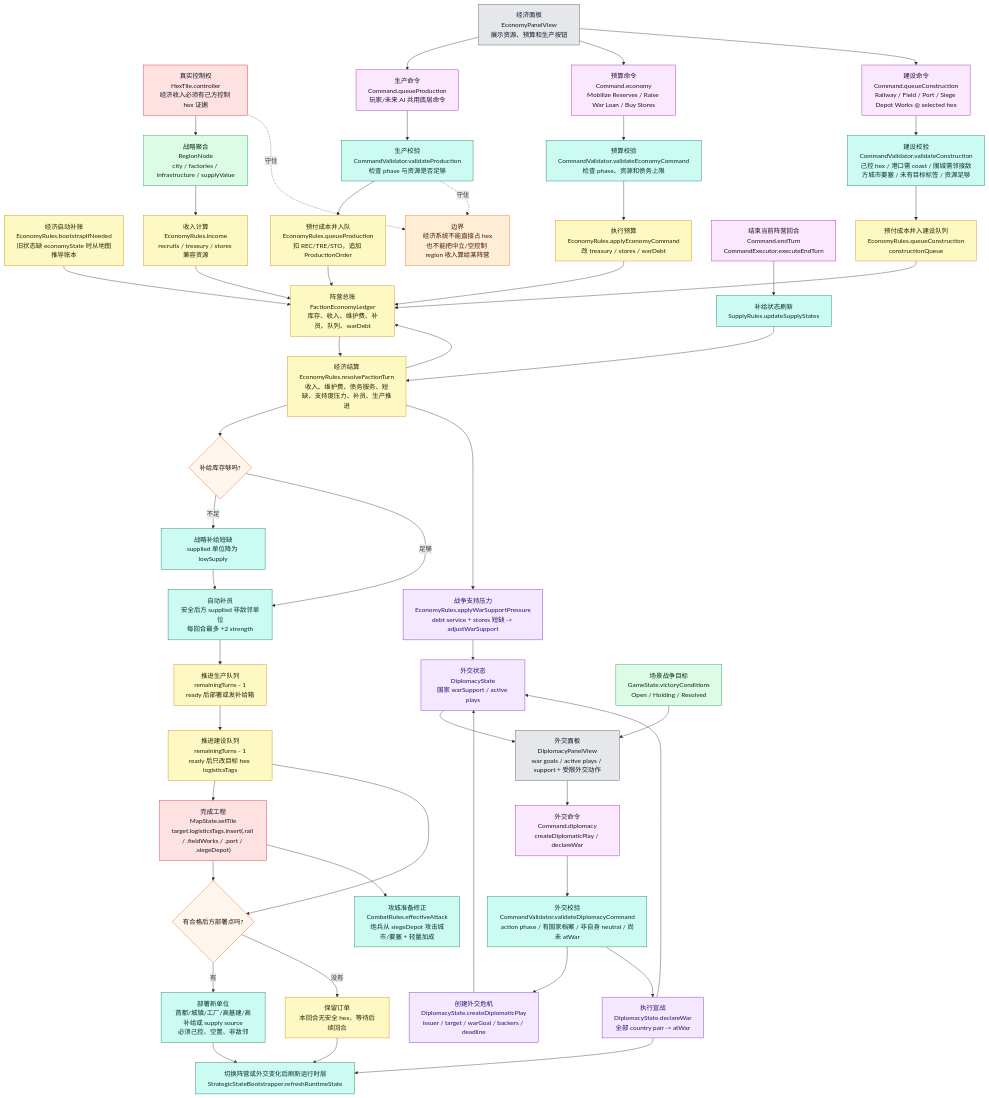
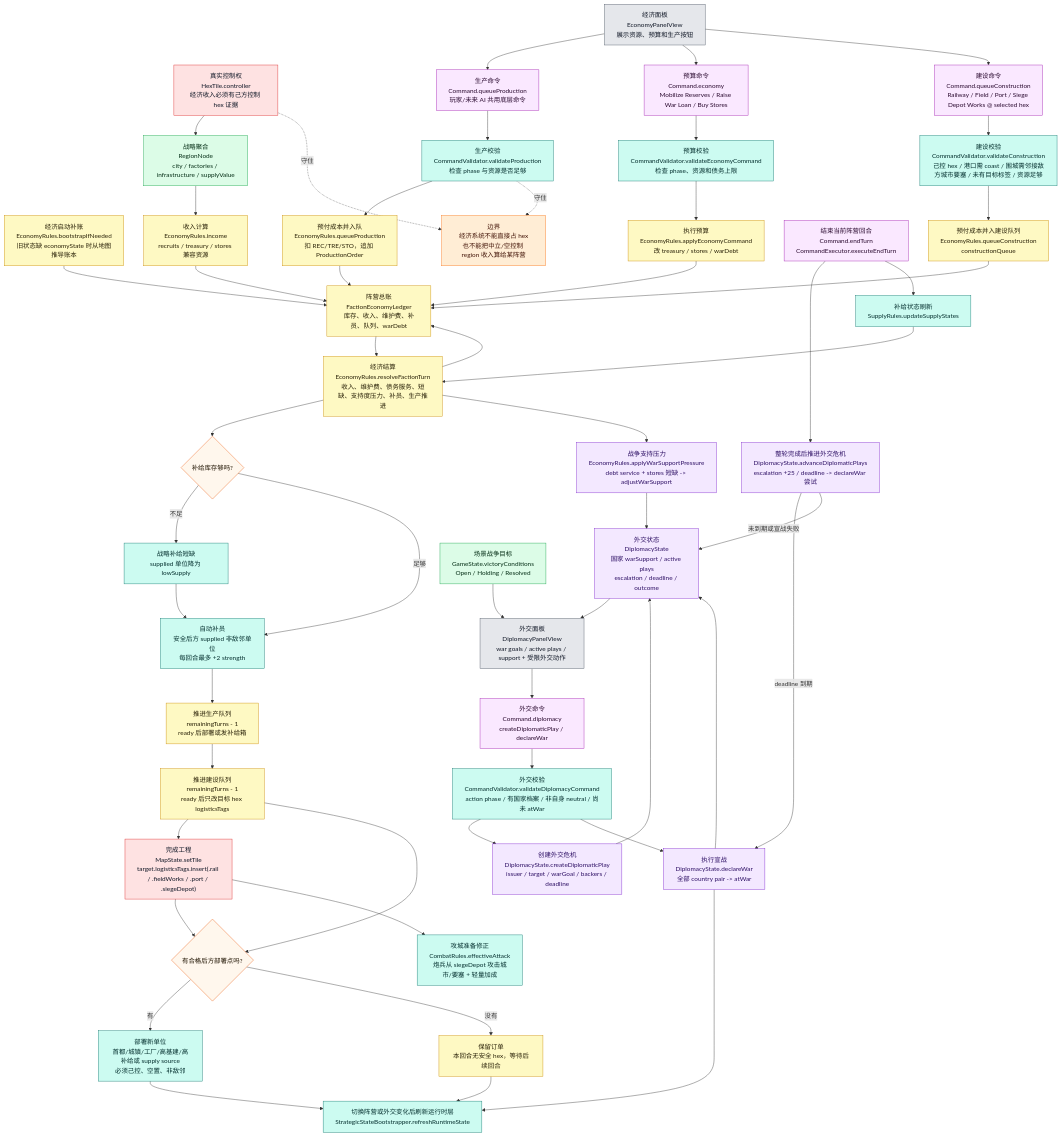
One commit to Altman-sam114/126 changed the fourth of 9 diagrams in md/flow/flowchart.md. Above: the diagram before and after it, drawn with Mermaid. The commit also changed other lines of this file and 5 other files, not shown here.

Commit message:
feat(diplomacy): advance diplomatic plays

```diff
--- a/md/flow/flowchart.md
+++ b/md/flow/flowchart.md
@@ -222,10 +222,11 @@
     BUILD["建设命令<br/>Command.queueConstruction<br/>Railway / Field / Port / Siege Depot Works @ selected hex"]:::command
     BLDVALID["建设校验<br/>CommandValidator.validateConstruction<br/>己控 hex / 港口需 coast / 围城需邻接敌方城市要塞 / 未有目标标签 / 资源足够"]:::rules
     BLDQUEUE["预付成本并入建设队列<br/>EconomyRules.queueConstruction<br/>constructionQueue"]:::economy
-    DIP["外交状态<br/>DiplomacyState<br/>国家 warSupport / active plays"]:::diplomacy
+    DIP["外交状态<br/>DiplomacyState<br/>国家 warSupport / active plays<br/>escalation / deadline / outcome"]:::diplomacy
     DIPCMD["外交命令<br/>Command.diplomacy<br/>createDiplomaticPlay / declareWar"]:::command
     DIPVALID["外交校验<br/>CommandValidator.validateDiplomacyCommand<br/>action phase / 有国家档案 / 非自身 neutral / 尚未 atWar"]:::rules
     DIPPLAY["创建外交危机<br/>DiplomacyState.createDiplomaticPlay<br/>issuer / target / warGoal / backers / deadline"]:::diplomacy
+    DIPADV["整轮完成后推进外交危机<br/>DiplomacyState.advanceDiplomaticPlays<br/>escalation +25 / deadline -> declareWar 尝试"]:::diplomacy
     DIPAPPLY["执行宣战<br/>DiplomacyState.declareWar<br/>全部 country pair -> atWar"]:::diplomacy
 
     END["结束当前阵营回合<br/>Command.endTurn<br/>CommandExecutor.executeEndTurn"]:::command
@@ -256,6 +257,9 @@
     DIPVALID --> DIPPLAY --> DIP
     DIPVALID --> DIPAPPLY --> DIP
     DIPAPPLY --> NEXT
+    END --> DIPADV
+    DIPADV -- "deadline 到期" --> DIPAPPLY
+    DIPADV -- "未到期或宣战失败" --> DIP
     GOALS --> DIPUI
     DIP --> DIPUI
     END --> SUPPLY --> RESOLVE
```
